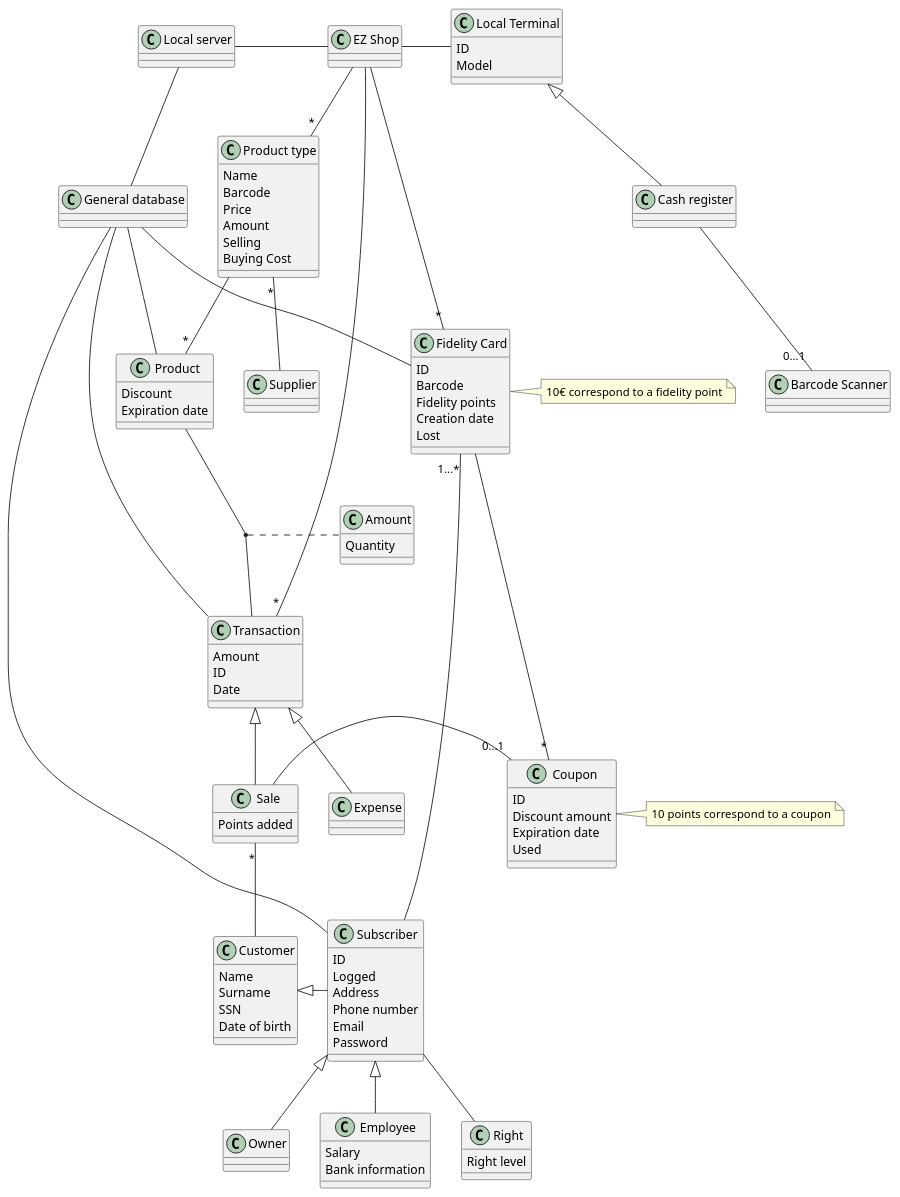
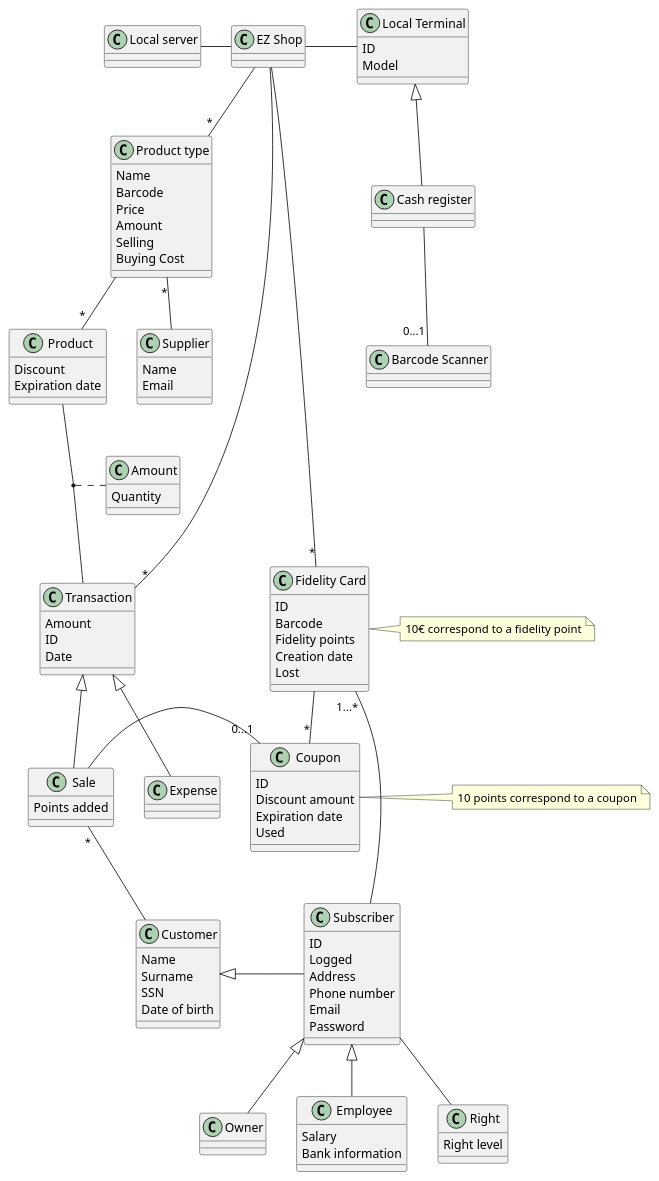
The fifth of 7 diagrams in Deliverables/RequirementsDocument.md (nicolabattaglino/ezshop), drawn with PlantUML before and after one commit. The commit also changed other lines of this file and 10 other files, not shown here.

Commit message:
Addded fidelity carrd as stakeholder, added POS api, NFR5, added dbmss in the deployment diagram

```diff
--- a/Deliverables/RequirementsDocument.md
+++ b/Deliverables/RequirementsDocument.md
@@ -809,8 +813,7 @@
 }
 class "Local server" as localServer{
 }
-class "General database" as generalDB{
-}
+
 
 class "Product type" as PT{
 Name
@@ -854,7 +857,8 @@
 
 }
 class "Supplier" as supplier{
-
+Name
+Email
 }
 
 
@@ -874,11 +878,7 @@
 
 EZShop -- "*"PT
 PT -- "*"product
-localServer -- generalDB
-generalDB-- product
-generalDB -- transaction
-generalDB -- subscriber
-generalDB -- fidelityCard
+
 EZShop -- "*"transaction
 customer <|- subscriber
 transaction <|-- sale
```
